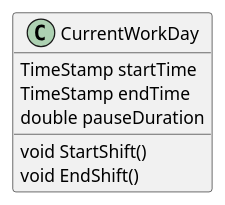
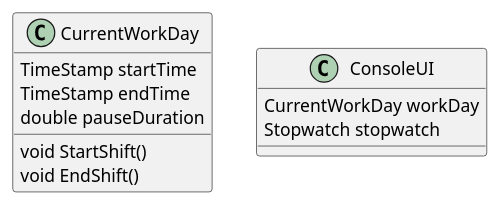
Before and after one commit to lbtz13321/worktimeTracker: the diagram in docs/UMLDiagrams/ClassDiagram.puml, drawn with PlantUML. The commit also changed 6 other files, not shown here.

```diff
--- a/docs/UMLDiagrams/ClassDiagram.puml
+++ b/docs/UMLDiagrams/ClassDiagram.puml
@@ -1,11 +1,16 @@
 @startuml ClassDiagram
 
 class CurrentWorkDay {
     TimeStamp startTime
     TimeStamp endTime
     double pauseDuration
     void StartShift()
     void EndShift()
 }
+class ConsoleUI{
+   CurrentWorkDay workDay
+   Stopwatch stopwatch
+    
+}
 
 @enduml
```
